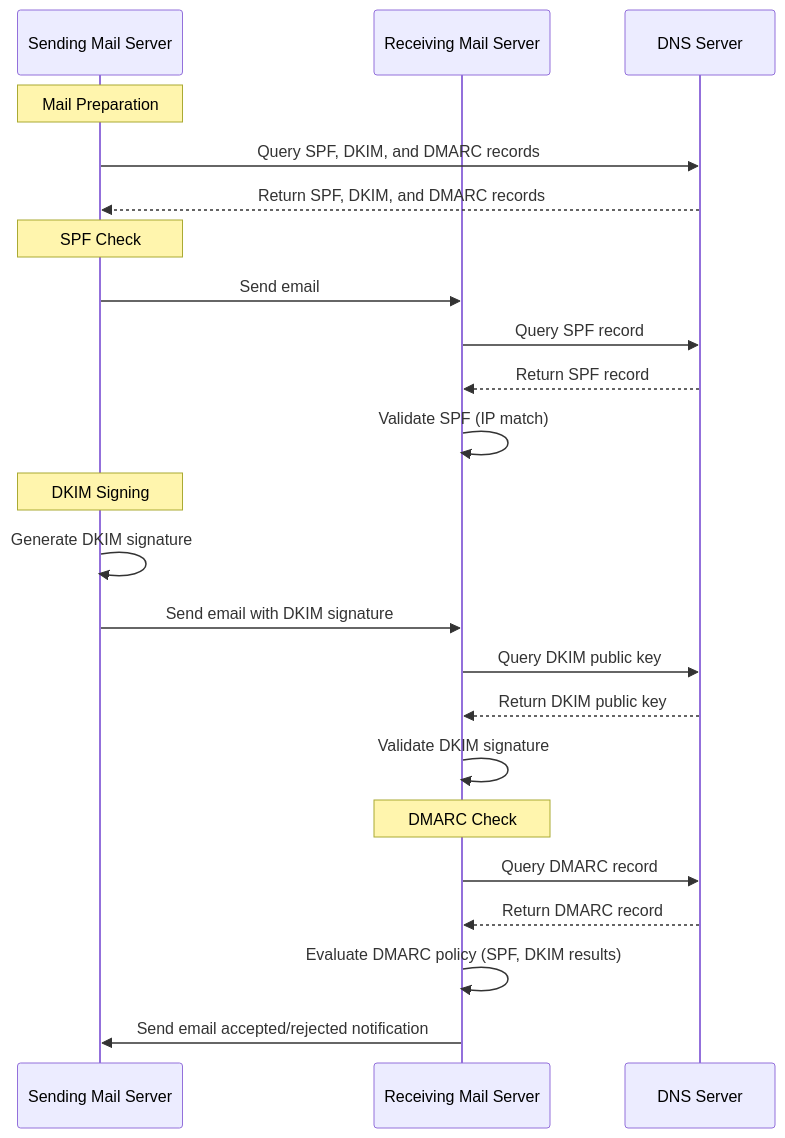
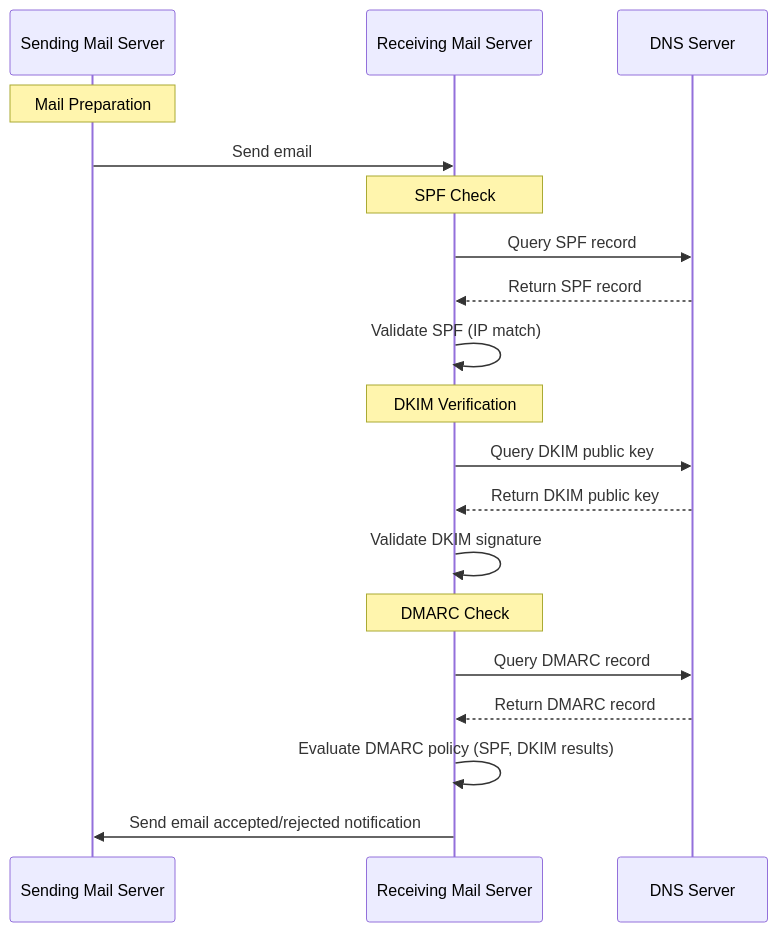
The diagram in dns/README.md (isaacadams/isaacadams), drawn with Mermaid before and after one commit.

Commit message:
corrected chart

````diff
--- a/dns/README.md
+++ b/dns/README.md
@@ -12,30 +12,27 @@
 ```mermaid
 sequenceDiagram
     participant S as Sending Mail Server
     participant R as Receiving Mail Server
     participant D as DNS Server
 
     Note over S: Mail Preparation
-    S->>D: Query SPF, DKIM, and DMARC records
-    D-->>S: Return SPF, DKIM, and DMARC records
+    S->>R: Send email
 
-    Note over S: SPF Check
-    S->>R: Send email
+    Note over R: SPF Check
     R->>D: Query SPF record
     D-->>R: Return SPF record
     R->>R: Validate SPF (IP match)
 
-    Note over S: DKIM Signing
-    S->>S: Generate DKIM signature
-    S->>R: Send email with DKIM signature
+    Note over R: DKIM Verification
     R->>D: Query DKIM public key
     D-->>R: Return DKIM public key
     R->>R: Validate DKIM signature
 
     Note over R: DMARC Check
     R->>D: Query DMARC record
     D-->>R: Return DMARC record
     R->>R: Evaluate DMARC policy (SPF, DKIM results)
 
     R->>S: Send email accepted/rejected notification
+
 ```
````
